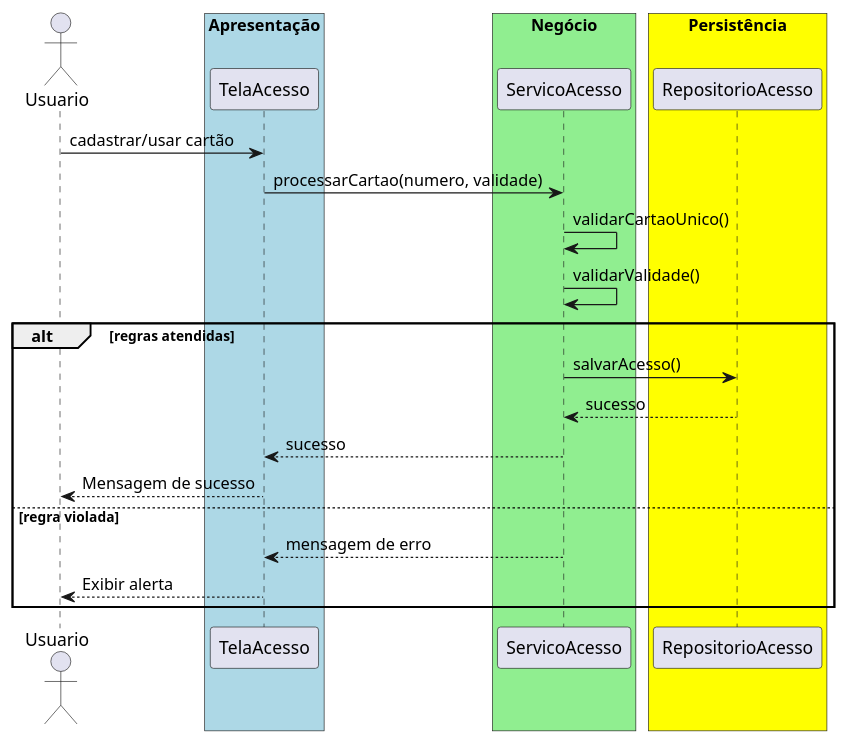
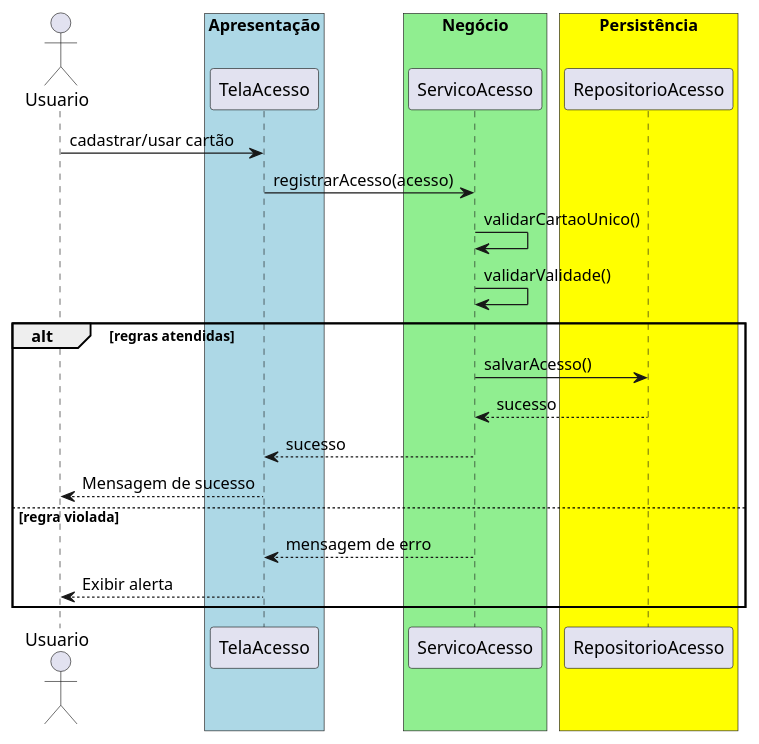
The diagram in src/trabalhos/Trabalho10.md (20261-ifba-saj-ads-poo/blog), drawn with PlantUML before and after one commit. The commit also changed other lines of this file and 35 other files, not shown here.

````diff
--- a/src/trabalhos/Trabalho10.md
+++ b/src/trabalhos/Trabalho10.md
@@ -28,27 +28,27 @@
 ```plantuml{kroki=true}
 @startuml
 actor Usuario
 box "Apresentação" #lightblue
     participant TelaAcesso
 end box
 box "Negócio" #lightgreen
     participant ServicoAcesso
 end box
 box "Persistência" #yellow
     participant RepositorioAcesso
 end box
 Usuario -> TelaAcesso : cadastrar/usar cartão
-TelaAcesso -> ServicoAcesso : processarCartao(numero, validade)
+TelaAcesso -> ServicoAcesso : registrarAcesso(acesso)
 ServicoAcesso -> ServicoAcesso : validarCartaoUnico()
 ServicoAcesso -> ServicoAcesso : validarValidade()
 alt regras atendidas
     ServicoAcesso -> RepositorioAcesso : salvarAcesso()
     RepositorioAcesso --> ServicoAcesso : sucesso
     ServicoAcesso --> TelaAcesso : sucesso
     TelaAcesso --> Usuario : Mensagem de sucesso
 else regra violada
     ServicoAcesso --> TelaAcesso : mensagem de erro
     TelaAcesso --> Usuario : Exibir alerta
 end
 @enduml
 ```
````
